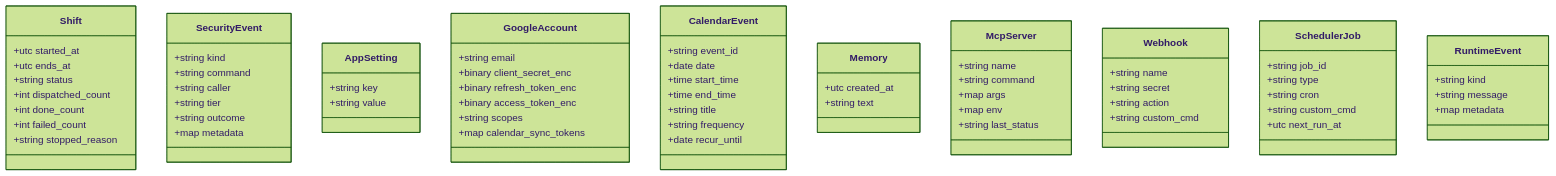
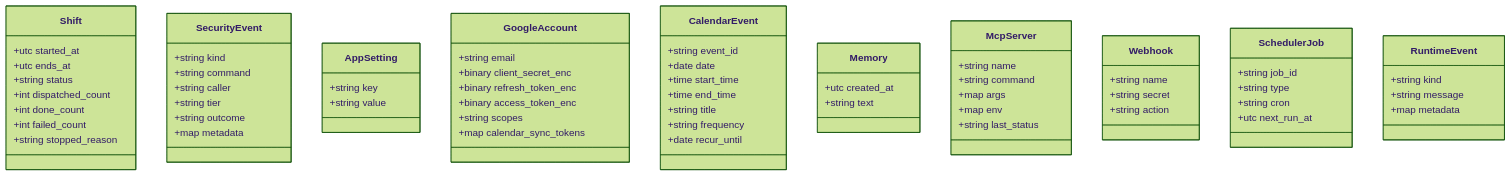
Before and after one commit to hightowerbuilds/buster-claw: the fourth of 8 diagrams in docs/UML.md, drawn with Mermaid (forest theme). The commit also changed other lines of this file and 105 other files, not shown here.

````diff
--- a/docs/UML.md
+++ b/docs/UML.md
@@ -197,70 +196,68 @@
 ```mermaid
 classDiagram
     class Shift {
         +utc started_at
         +utc ends_at
         +string status
         +int dispatched_count
         +int done_count
         +int failed_count
         +string stopped_reason
     }
     class SecurityEvent {
         +string kind
         +string command
         +string caller
         +string tier
         +string outcome
         +map metadata
     }
     class AppSetting {
         +string key
         +string value
     }
     class GoogleAccount {
         +string email
         +binary client_secret_enc
         +binary refresh_token_enc
         +binary access_token_enc
         +string scopes
         +map calendar_sync_tokens
     }
     class CalendarEvent {
         +string event_id
         +date date
         +time start_time
         +time end_time
         +string title
         +string frequency
         +date recur_until
     }
     class Memory {
         +utc created_at
         +string text
     }
     class McpServer {
         +string name
         +string command
         +map args
         +map env
         +string last_status
     }
     class Webhook {
         +string name
         +string secret
         +string action
-        +string custom_cmd
     }
     class SchedulerJob {
         +string job_id
         +string type
         +string cron
-        +string custom_cmd
         +utc next_run_at
     }
     class RuntimeEvent {
         +string kind
         +string message
         +map metadata
     }
 ```
````
